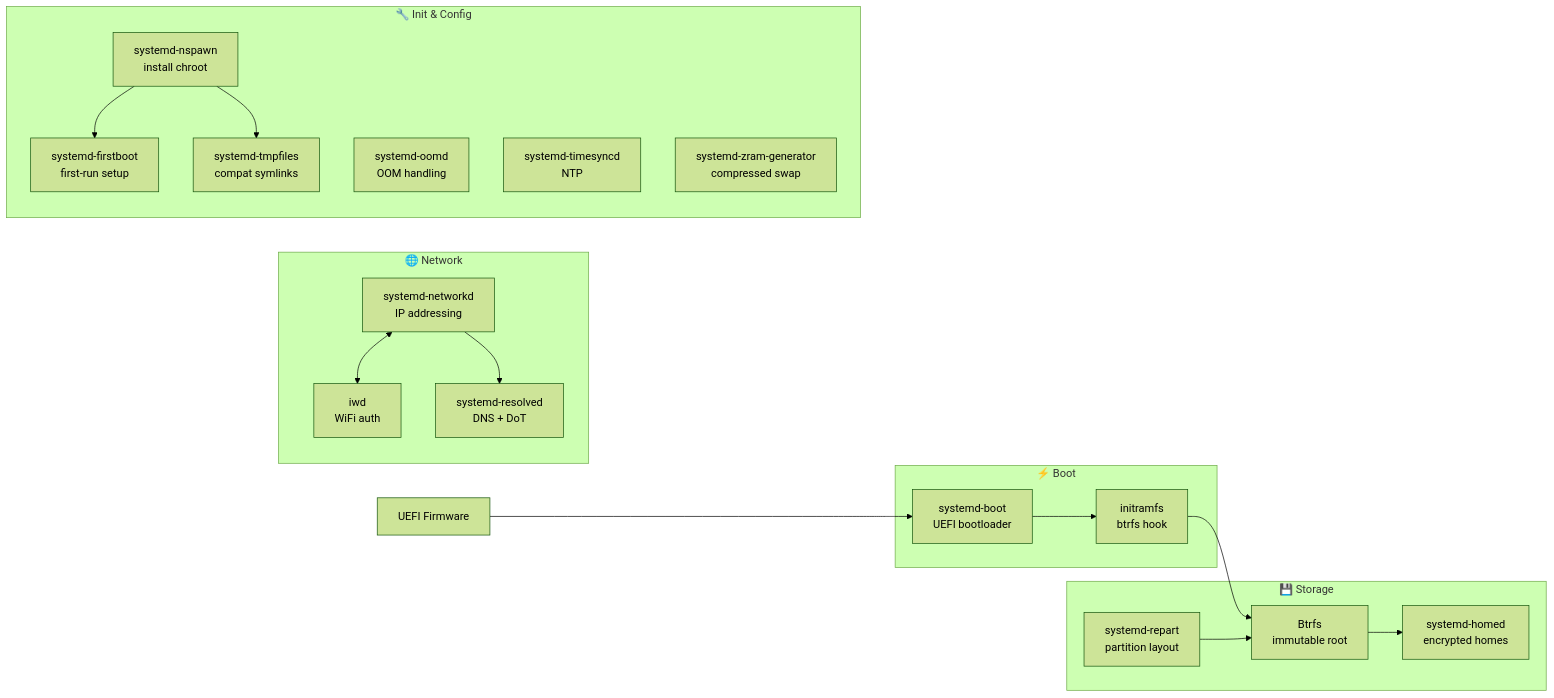
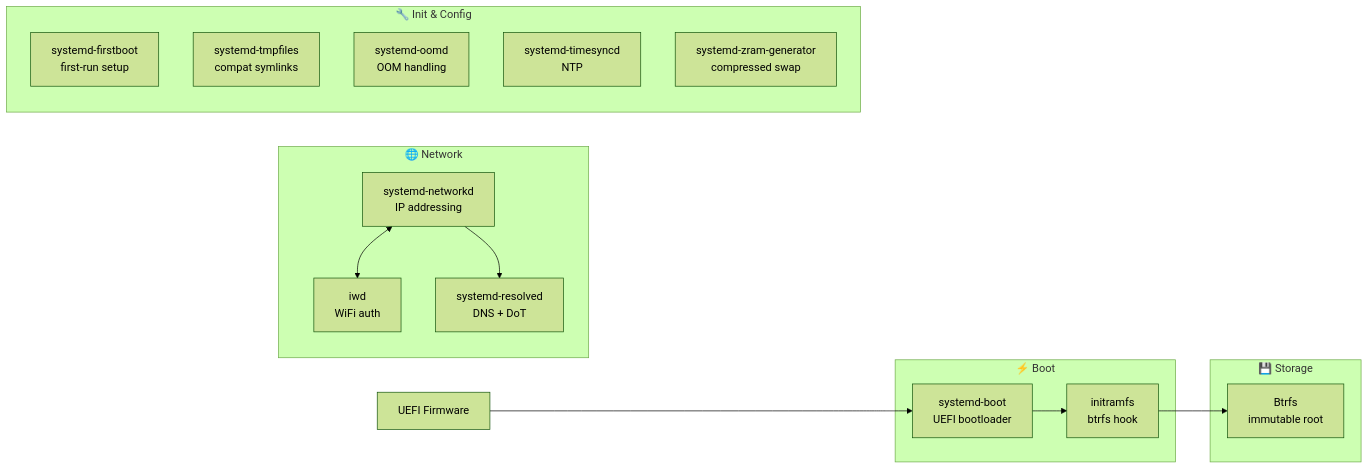
One commit to Arkh-Ur/ouroborOS changed the first of 2 diagrams in docs/architecture/systemd-integration.md. Above: the diagram before and after it, drawn with Mermaid (forest theme). The commit also changed other lines of this file and 9 other files, not shown here.

````diff
--- a/docs/architecture/systemd-integration.md
+++ b/docs/architecture/systemd-integration.md
@@ -9,37 +9,30 @@
 ```mermaid
 graph LR
     subgraph Boot["⚡ Boot"]
         SDBOOT["systemd-boot\nUEFI bootloader"]
         INITRAMFS["initramfs\nbtrfs hook"]
     end
 
     subgraph Network["🌐 Network"]
         NETWORKD["systemd-networkd\nIP addressing"]
         IWD["iwd\nWiFi auth"]
         RESOLVED["systemd-resolved\nDNS + DoT"]
     end
 
     subgraph Storage["💾 Storage"]
-        REPART["systemd-repart\npartition layout"]
         BTRFS["Btrfs\nimmutable root"]
-        HOMED["systemd-homed\nencrypted homes"]
     end
 
     subgraph Init["🔧 Init & Config"]
         FIRSTBOOT["systemd-firstboot\nfirst-run setup"]
-        NSPAWN["systemd-nspawn\ninstall chroot"]
         TMPFILES["systemd-tmpfiles\ncompat symlinks"]
         OOMD["systemd-oomd\nOOM handling"]
         TIMESYNCD["systemd-timesyncd\nNTP"]
         ZRAM["systemd-zram-generator\ncompressed swap"]
     end
 
     UEFI["UEFI Firmware"] --> SDBOOT
     SDBOOT --> INITRAMFS --> BTRFS
     NETWORKD <--> IWD
     NETWORKD --> RESOLVED
-    REPART --> BTRFS
-    BTRFS --> HOMED
-    NSPAWN --> FIRSTBOOT
-    NSPAWN --> TMPFILES
 ```
````
